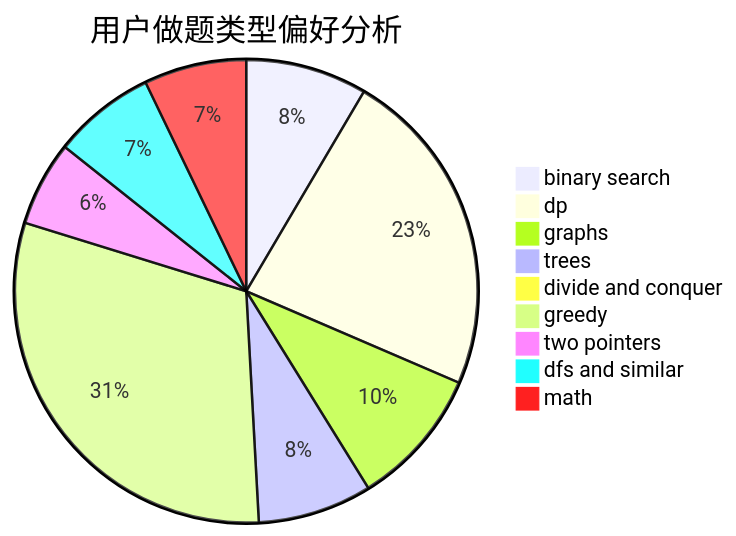
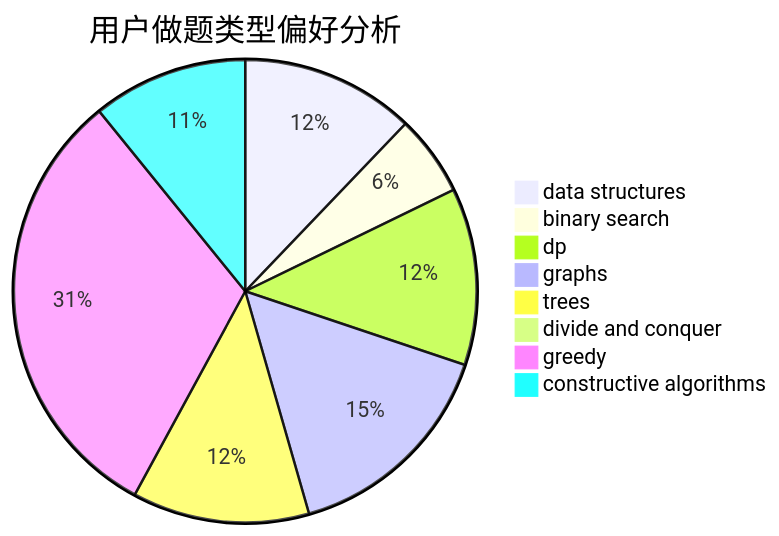
The second of 3 diagrams in docs/user/u1203.md (sherpahu/cfrs.github.io), drawn with Mermaid before and after one commit. The commit also changed other lines of this file and 2775 other files, not shown here.

````diff
--- a/docs/user/u1203.md
+++ b/docs/user/u1203.md
@@ -23,12 +23,11 @@
 ```mermaid
 pie title 用户做题类型偏好分析
-    "binary search" :  83
-    "dp" :  225
-    "graphs" :  95
-    "trees" :  78
-    "divide and conquer" :  1
-    "greedy" :  300
-    "two pointers" :  58
-    "dfs and similar" :  70
-    "math" :  70
+    "data structures" :  56
+    "binary search" :  26
+    "dp" :  57
+    "graphs" :  71
+    "trees" :  57
+    "divide and conquer" :  0
+    "greedy" :  144
+    "constructive algorithms" :  50
 ```
````
